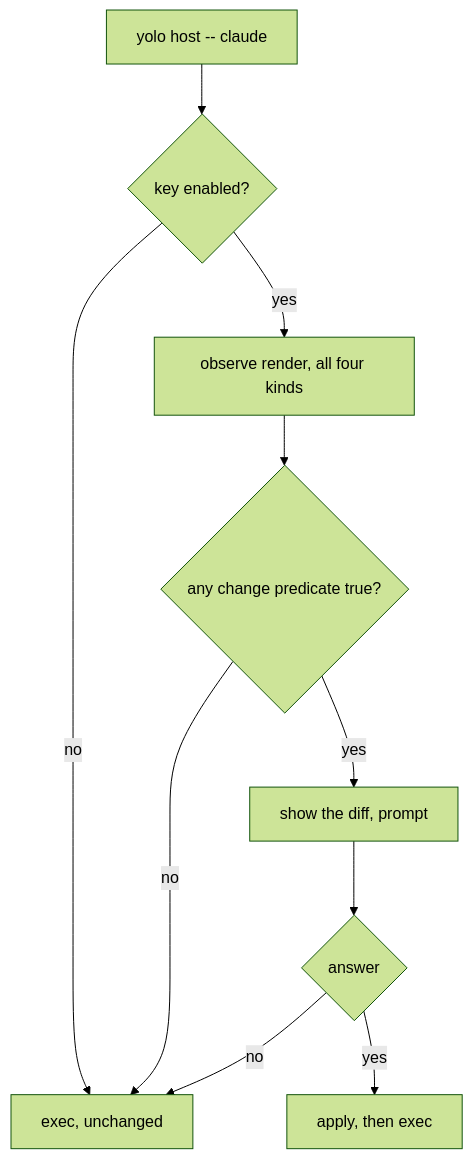
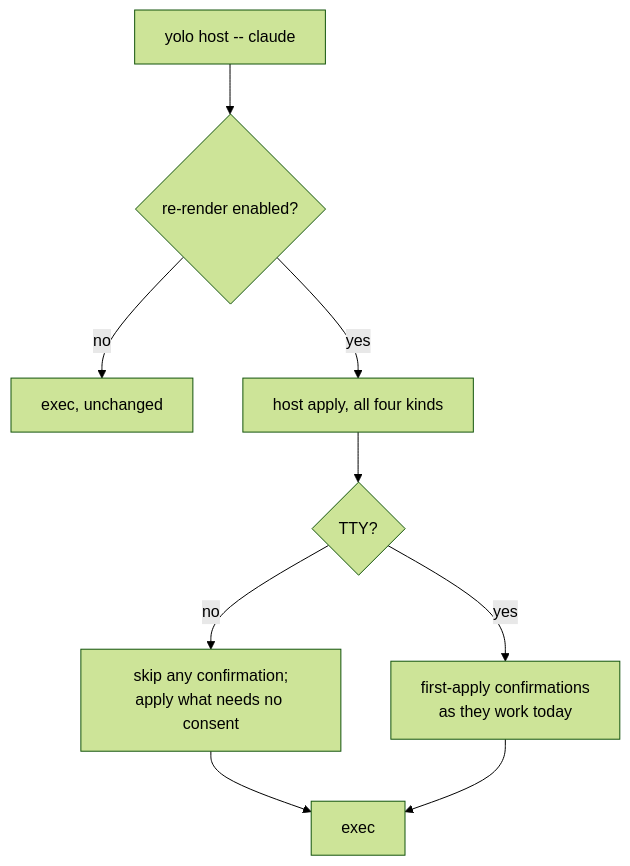
The diagram in docs/design/host-apply-staleness.md (mschulkind-oss/yolo-jail), drawn with Mermaid (forest theme) before and after one commit. The commit also changed other lines of this file and 1 other file, not shown here.

````diff
--- a/docs/design/host-apply-staleness.md
+++ b/docs/design/host-apply-staleness.md
@@ -209,12 +186,11 @@
 ```mermaid
 flowchart TD
-    A["yolo host -- claude"] --> B{key enabled?}
+    A["yolo host -- claude"] --> B{re-render enabled?}
     B -->|no| X[exec, unchanged]
-    B -->|yes| C[observe render, all four kinds]
-    C --> D{any change predicate true?}
-    D -->|no| X
-    D -->|yes| E[show the diff, prompt]
-    E --> F{answer}
-    F -->|yes| G[apply, then exec]
-    F -->|no| X
+    B -->|yes| C[host apply, all four kinds]
+    C --> D{TTY?}
+    D -->|no| E[skip any confirmation;<br/>apply what needs no consent]
+    D -->|yes| F[first-apply confirmations<br/>as they work today]
+    E --> X2[exec]
+    F --> X2
 ```
````
